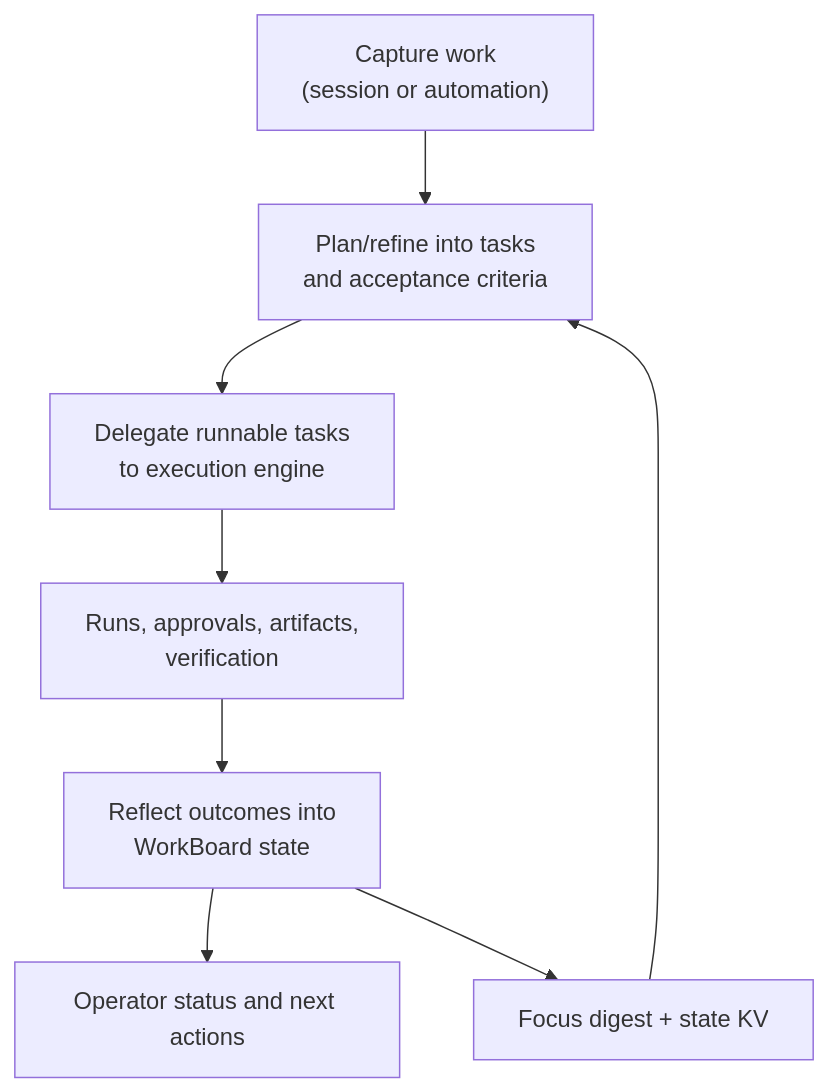
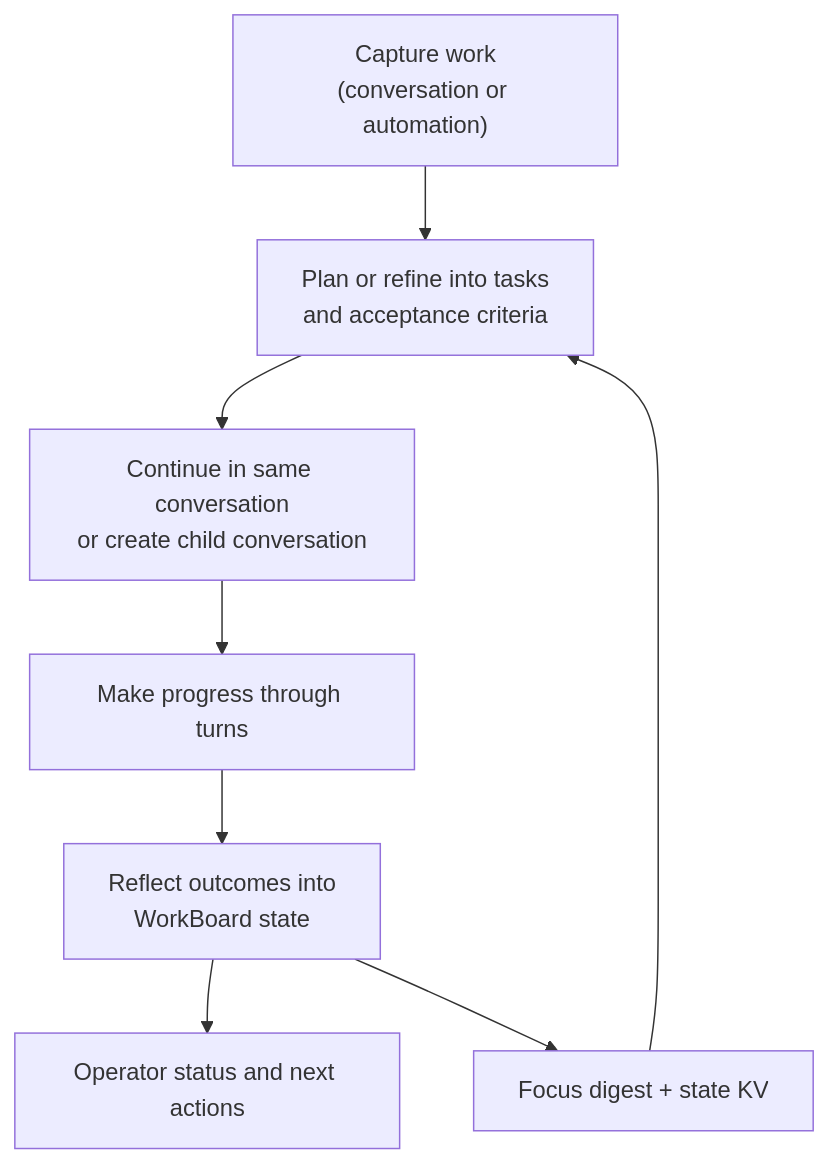
The diagram in docs/architecture/agent/workboard/index.md (tyrumai/tyrum), drawn with Mermaid before and after one commit. The commit also changed other lines of this file and 56 other files, not shown here.

Commit message:
docs: rewrite architecture around conversations and turns (#1829)

````diff
--- a/docs/architecture/agent/workboard/index.md
+++ b/docs/architecture/agent/workboard/index.md
@@ -15,11 +15,11 @@
 ```mermaid
 flowchart TB
-  Capture["Capture work<br/>(session or automation)"] --> Plan["Plan/refine into tasks<br/>and acceptance criteria"]
-  Plan --> Delegate["Delegate runnable tasks<br/>to execution engine"]
-  Delegate --> Run["Runs, approvals, artifacts,<br/>verification"]
-  Run --> Reflect["Reflect outcomes into<br/>WorkBoard state"]
+  Capture["Capture work<br/>(conversation or automation)"] --> Plan["Plan or refine into tasks<br/>and acceptance criteria"]
+  Plan --> Continue["Continue in same conversation<br/>or create child conversation"]
+  Continue --> Progress["Make progress through turns"]
+  Progress --> Reflect["Reflect outcomes into<br/>WorkBoard state"]
   Reflect --> Status["Operator status and next actions"]
 
   Reflect --> Digest["Focus digest + state KV"]
   Digest --> Plan
 ```
````
